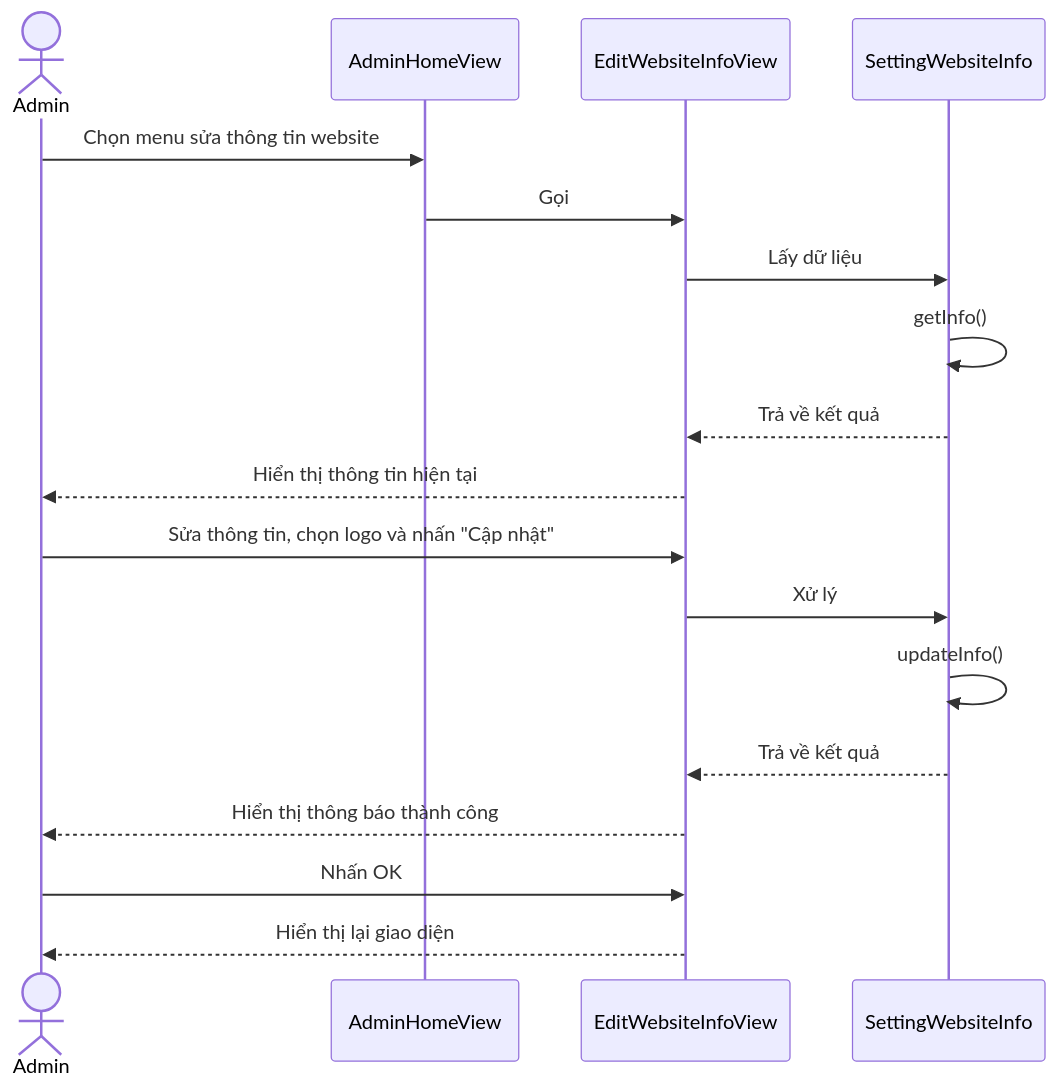
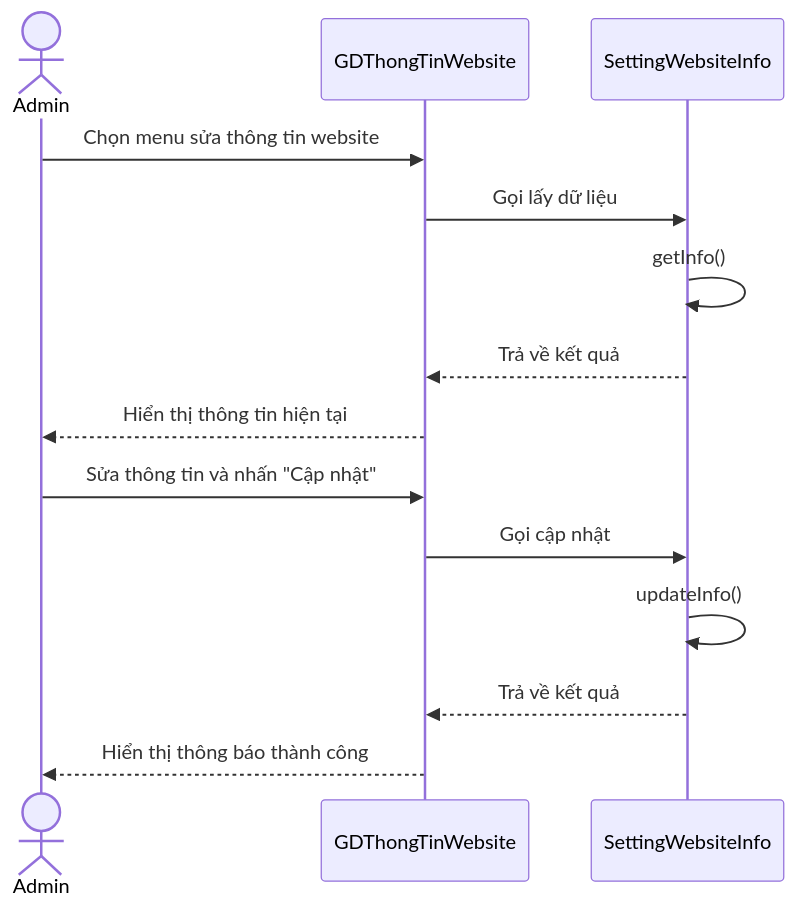
Diagram 19 of 44 in SYSTEM_DESIGN_ADMIN_SETTING_PROFILE.md (Hieuit04/Travel-Tour-Booking), drawn with Mermaid before and after one commit. The commit also changed other lines of this file and 35 other files, not shown here.

Commit message:
hiển thị dữ liệu ra top header

````diff
--- a/SYSTEM_DESIGN_ADMIN_SETTING_PROFILE.md
+++ b/SYSTEM_DESIGN_ADMIN_SETTING_PROFILE.md
@@ -375,21 +1199,17 @@
 ```mermaid
 sequenceDiagram
     actor Admin
-    participant AdminHomeView
-    participant EditWebsiteInfoView
+    participant GDThongTinWebsite
     participant SettingWebsiteInfo
 
-    Admin->>AdminHomeView: Chọn menu sửa thông tin website
-    AdminHomeView->>EditWebsiteInfoView: Gọi
-    EditWebsiteInfoView->>SettingWebsiteInfo: Lấy dữ liệu
+    Admin->>GDThongTinWebsite: Chọn menu sửa thông tin website
+    GDThongTinWebsite->>SettingWebsiteInfo: Gọi lấy dữ liệu
     SettingWebsiteInfo->>SettingWebsiteInfo: getInfo()
-    SettingWebsiteInfo-->>EditWebsiteInfoView: Trả về kết quả
-    EditWebsiteInfoView-->>Admin: Hiển thị thông tin hiện tại
-    Admin->>EditWebsiteInfoView: Sửa thông tin, chọn logo và nhấn "Cập nhật"
-    EditWebsiteInfoView->>SettingWebsiteInfo: Xử lý
+    SettingWebsiteInfo-->>GDThongTinWebsite: Trả về kết quả
+    GDThongTinWebsite-->>Admin: Hiển thị thông tin hiện tại
+    Admin->>GDThongTinWebsite: Sửa thông tin và nhấn "Cập nhật"
+    GDThongTinWebsite->>SettingWebsiteInfo: Gọi cập nhật
     SettingWebsiteInfo->>SettingWebsiteInfo: updateInfo()
-    SettingWebsiteInfo-->>EditWebsiteInfoView: Trả về kết quả
-    EditWebsiteInfoView-->>Admin: Hiển thị thông báo thành công
-    Admin->>EditWebsiteInfoView: Nhấn OK
-    EditWebsiteInfoView-->>Admin: Hiển thị lại giao diện
+    SettingWebsiteInfo-->>GDThongTinWebsite: Trả về kết quả
+    GDThongTinWebsite-->>Admin: Hiển thị thông báo thành công
 ```
````
